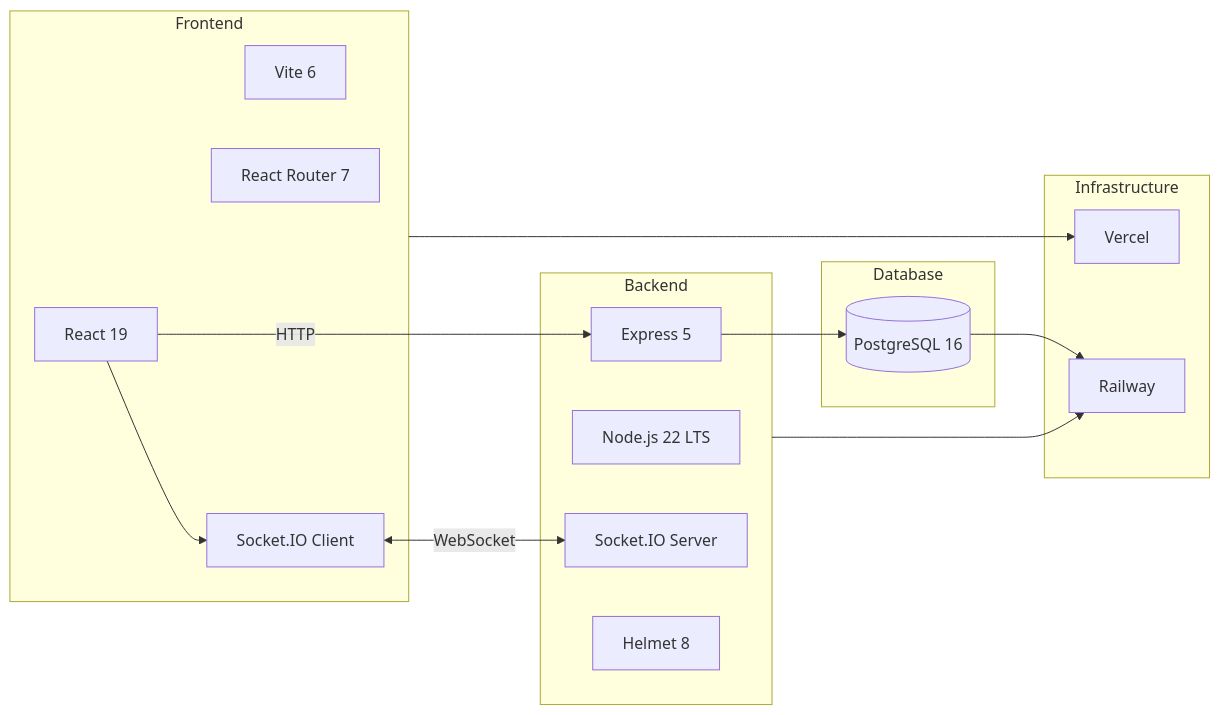
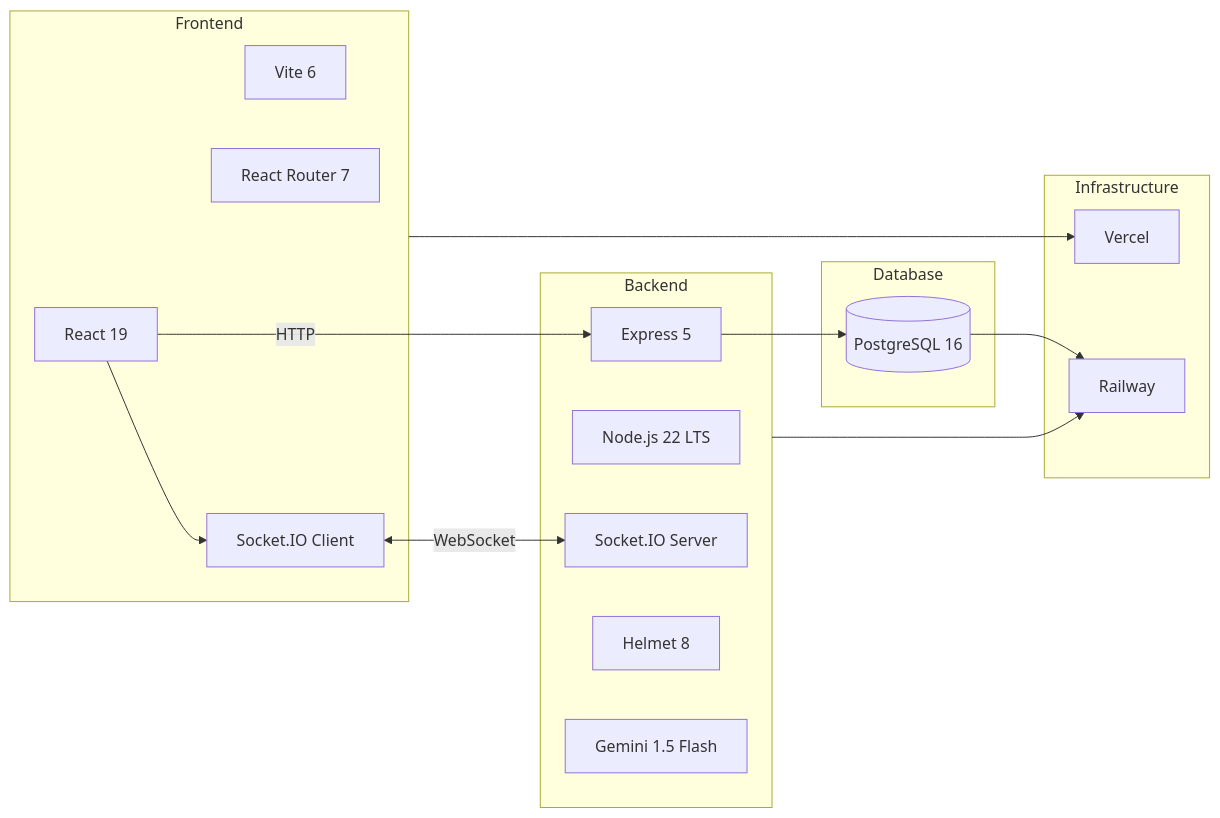
The second of 11 diagrams in README.md (doublesilver/subway-board), drawn with Mermaid before and after one commit. The commit also changed other lines of this file and 2 other files, not shown here.

````diff
--- a/README.md
+++ b/README.md
@@ -111,33 +128,34 @@
 ```mermaid
 flowchart LR
     subgraph Frontend["Frontend"]
         React[React 19]
         Vite[Vite 6]
         Router[React Router 7]
         SIO_C[Socket.IO Client]
     end
 
     subgraph Backend["Backend"]
         Node[Node.js 22 LTS]
         Express[Express 5]
         SIO_S[Socket.IO Server]
         Helmet[Helmet 8]
+        Gemini[Gemini 1.5 Flash]
     end
 
     subgraph Database["Database"]
         PG[(PostgreSQL 16)]
     end
 
     subgraph Infra["Infrastructure"]
         Vercel[Vercel]
         Railway[Railway]
     end
 
     React --> SIO_C
     SIO_C <-->|WebSocket| SIO_S
     React -->|HTTP| Express
     Express --> PG
     Frontend --> Vercel
     Backend --> Railway
     PG --> Railway
 ```
````
